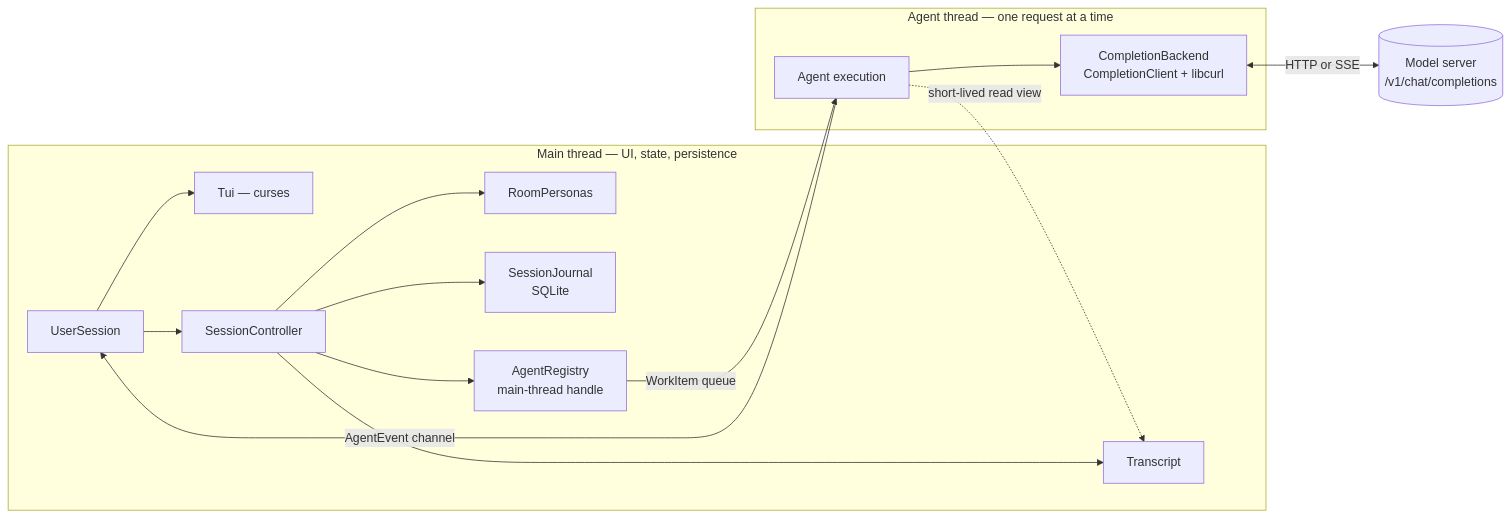
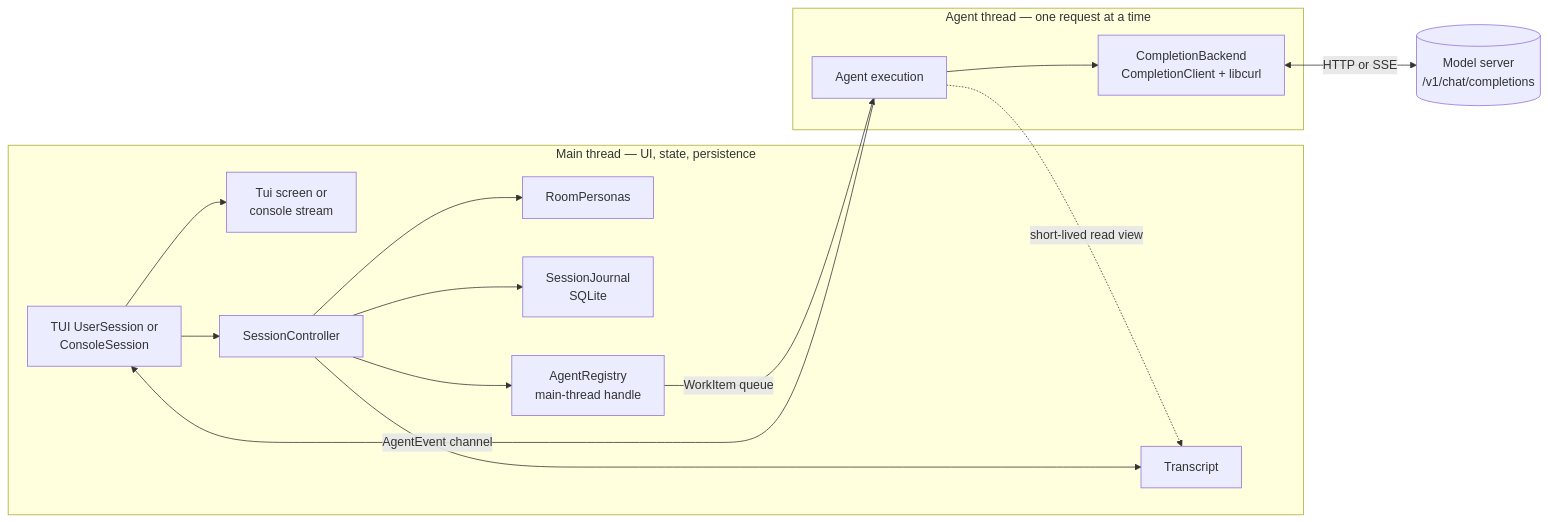
Before and after one commit to michaelpopov/cha: the first of 4 diagrams in src/README.md, drawn with Mermaid. The commit also changed other lines of this file and 9 other files, not shown here.

````diff
--- a/src/README.md
+++ b/src/README.md
@@ -86,31 +92,31 @@
 ```mermaid
 flowchart LR
     subgraph mainthread["Main thread — UI, state, persistence"]
-        usession["UserSession"]
-        tui["Tui — curses"]
+        frontend["TUI UserSession or<br/>ConsoleSession"]
+        presentation["Tui screen or<br/>console stream"]
         controller["SessionController"]
         conv["Transcript"]
         personas["RoomPersonas"]
         journal["SessionJournal<br/>SQLite"]
         registry["AgentRegistry<br/>main-thread handle"]
     end
 
     subgraph agentthread["Agent thread — one request at a time"]
         execution["Agent execution"]
         backend["CompletionBackend<br/>CompletionClient + libcurl"]
     end
 
     provider[("Model server<br/>/v1/chat/completions")]
 
-    usession --> tui
-    usession --> controller
+    frontend --> presentation
+    frontend --> controller
     controller --> conv
     controller --> personas
     controller --> journal
     controller --> registry
     registry -->|"WorkItem queue"| execution
     execution --> backend
     backend <-->|"HTTP or SSE"| provider
-    execution -->|"AgentEvent channel"| usession
+    execution -->|"AgentEvent channel"| frontend
     execution -.->|"short-lived read view"| conv
 ```
````
